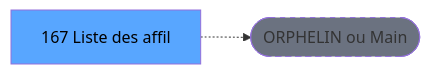
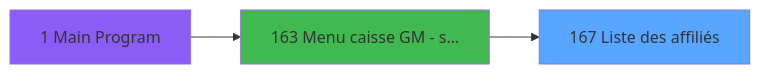
Before and after one commit to thonyAGP/magic-migration: the second of 3 diagrams in .openspec/specs/ADH-IDE-167.md, drawn with Mermaid. The commit also changed other lines of this file and 253 other files, not shown here.

````diff
--- a/.openspec/specs/ADH-IDE-167.md
+++ b/.openspec/specs/ADH-IDE-167.md
@@ -118,8 +648,11 @@
 ```mermaid
 graph LR
-    T[167 Liste des affil]
-    ORPHAN([ORPHELIN ou Main])
-    T -.-> ORPHAN
-    style T fill:#58a6ff,color:#000
-    style ORPHAN fill:#6b7280,stroke-dasharray: 5 5
+    T167[167 Liste des affiliés]
+    style T167 fill:#58a6ff
+    CC1[1 Main Program]
+    style CC1 fill:#8b5cf6
+    CC163[163 Menu caisse GM - s...]
+    style CC163 fill:#3fb950
+    CC1 --> CC163
+    CC163 --> T167
 ```
````
